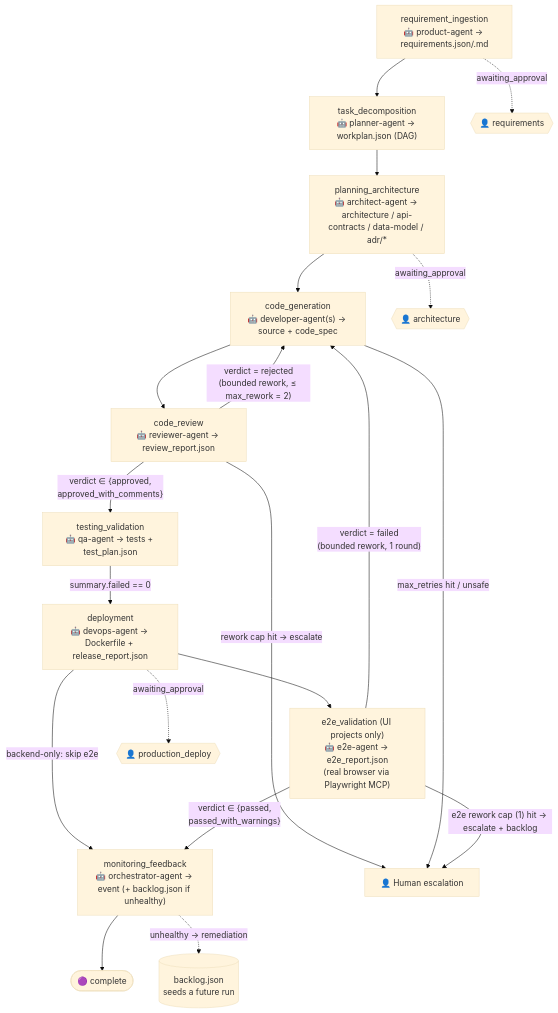
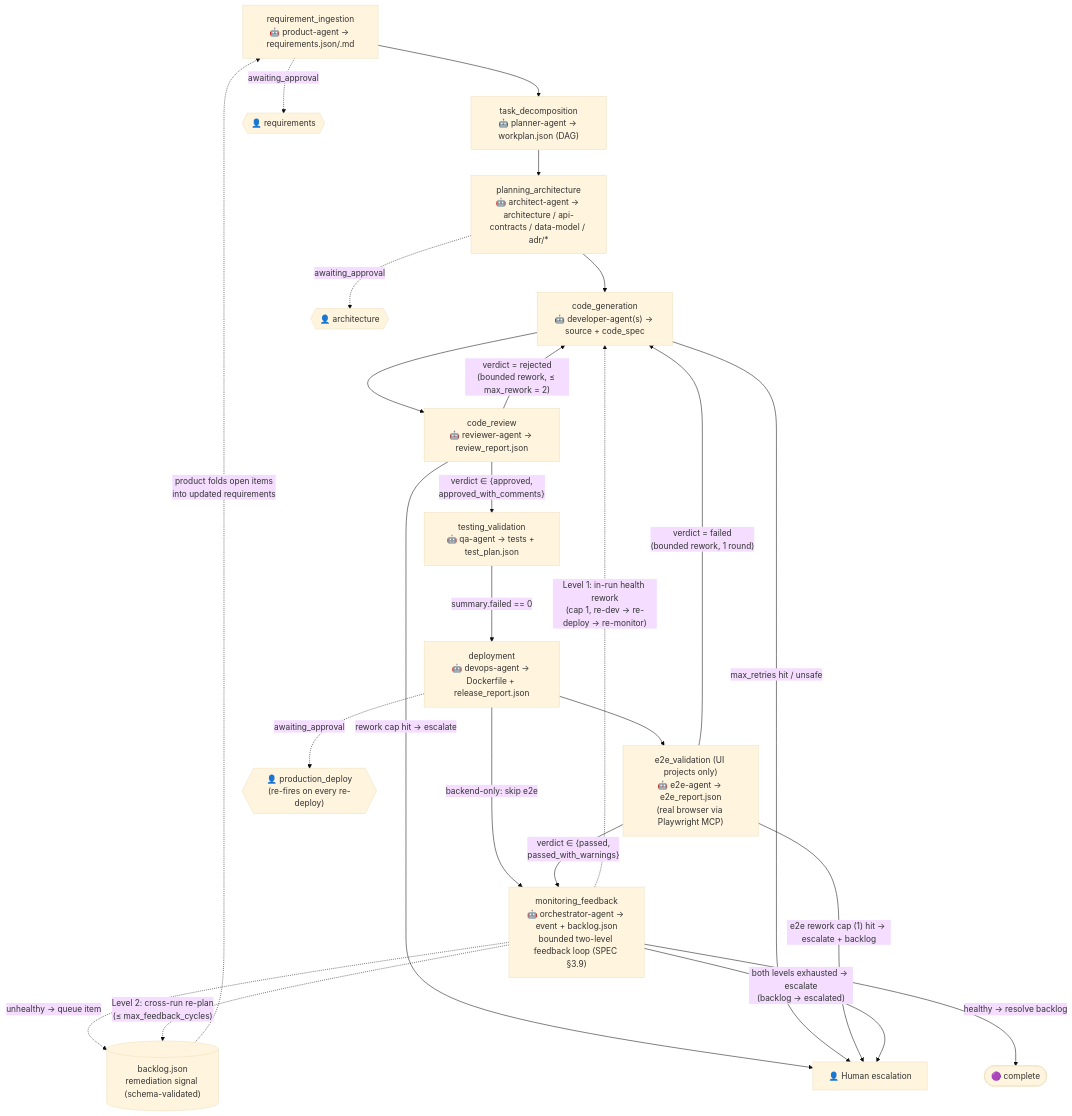
The second of 5 diagrams in ARCHITECTURE-DIAGRAM.md (Hadkevich/SDLC-fabric), drawn with Mermaid (base theme) before and after one commit. The commit also changed other lines of this file and 12 other files, not shown here.

First line of the commit message:
feat: close the monitoring_feedback loop (SPEC §3.9)

````diff
--- a/ARCHITECTURE-DIAGRAM.md
+++ b/ARCHITECTURE-DIAGRAM.md
@@ -69,33 +69,39 @@
 ```mermaid
 flowchart TD
   A["requirement_ingestion<br/>🤖 product-agent → requirements.json/.md"]
   B["task_decomposition<br/>🤖 planner-agent → workplan.json (DAG)"]
   C["planning_architecture<br/>🤖 architect-agent → architecture / api-contracts / data-model / adr/*"]
   D["code_generation<br/>🤖 developer-agent(s) → source + code_spec"]
   E["code_review<br/>🤖 reviewer-agent → review_report.json"]
   F["testing_validation<br/>🤖 qa-agent → tests + test_plan.json"]
   G["deployment<br/>🤖 devops-agent → Dockerfile + release_report.json"]
   X["e2e_validation (UI projects only)<br/>🤖 e2e-agent → e2e_report.json<br/>(real browser via Playwright MCP)"]
-  H["monitoring_feedback<br/>🤖 orchestrator-agent → event (+ backlog.json if unhealthy)"]
+  H["monitoring_feedback<br/>🤖 orchestrator-agent → event + backlog.json<br/>bounded two-level feedback loop (SPEC §3.9)"]
+  BL[("backlog.json<br/>remediation signal (schema-validated)")]
   Z(["🟣 complete"])
 
   A --> B --> C --> D --> E
   E -->|"verdict ∈ {approved,<br/>approved_with_comments}"| F
   E -->|"verdict = rejected<br/>(bounded rework, ≤ max_rework = 2)"| D
   F -->|"summary.failed == 0"| G
   G -->|"backend-only: skip e2e"| H
   G --> X
   X -->|"verdict ∈ {passed,<br/>passed_with_warnings}"| H
   X -->|"verdict = failed<br/>(bounded rework, 1 round)"| D
-  H --> Z
+  H -->|"healthy → resolve backlog"| Z
 
-  H -.->|"unhealthy → remediation"| BL[("backlog.json<br/>seeds a future run")]
+  %% monitoring_feedback closed loop (enabled when max_feedback_cycles > 0)
+  H -.->|"unhealthy → queue item"| BL
+  H -.->|"Level 1: in-run health rework<br/>(cap 1, re-dev → re-deploy → re-monitor)"| D
+  H -.->|"Level 2: cross-run re-plan<br/>(≤ max_feedback_cycles)"| BL
+  BL -.->|"product folds open items<br/>into updated requirements"| A
 
   A -. "awaiting_approval" .-> GH1{{"👤 requirements"}}
   C -. "awaiting_approval" .-> GH2{{"👤 architecture"}}
-  G -. "awaiting_approval" .-> GH3{{"👤 production_deploy"}}
+  G -. "awaiting_approval" .-> GH3{{"👤 production_deploy<br/>(re-fires on every re-deploy)"}}
 
   E -->|"rework cap hit → escalate"| ESC["👤 Human escalation"]
   D -->|"max_retries hit / unsafe"| ESC
   X -->|"e2e rework cap (1) hit → escalate + backlog"| ESC
+  H -->|"both levels exhausted → escalate<br/>(backlog → escalated)"| ESC
 ```
````
